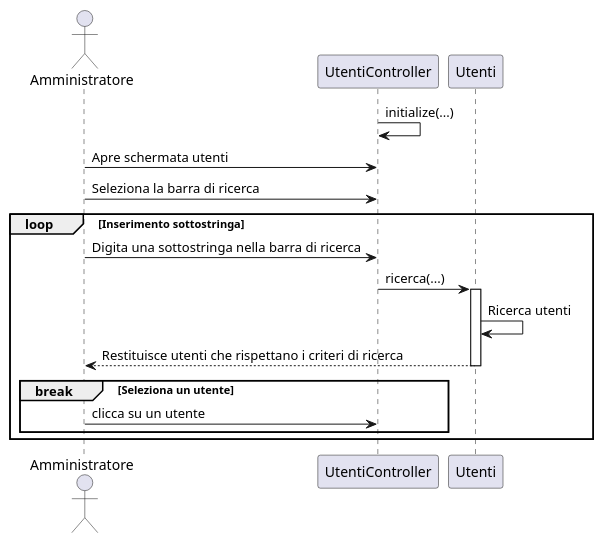
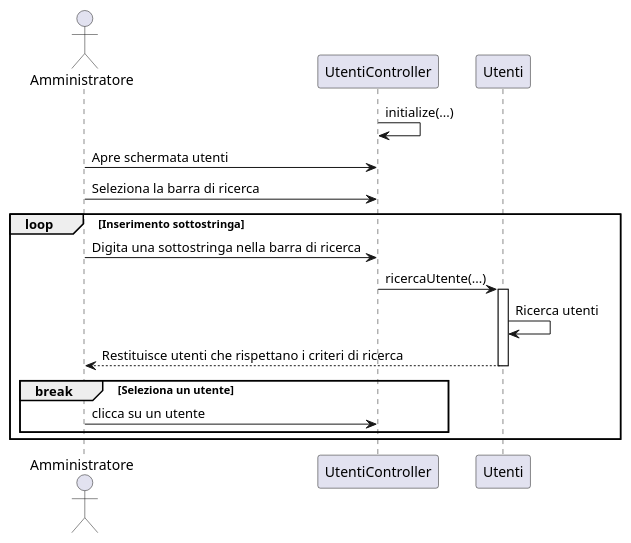
Before and after one commit to TitanVoid/ProgSE-Biblioteca: the diagram in documents/DiagrammiUML/DiagrammiDiSequenza/diagrammaC12RicercaUtente.puml, drawn with PlantUML. The commit also changed 13 other files, not shown here.

Commit message:
aggiornamento diagrammi

```diff
--- a/documents/DiagrammiUML/DiagrammiDiSequenza/diagrammaC12RicercaUtente.puml
+++ b/documents/DiagrammiUML/DiagrammiDiSequenza/diagrammaC12RicercaUtente.puml
@@ -1,30 +1,30 @@
 @startuml
 
 	actor Amministratore as a
 	participant UtentiController as cvu
 	participant Utenti as gu
 
 	
 	cvu->cvu: initialize(...)
 	a->cvu: Apre schermata utenti
 	a->cvu: Seleziona la barra di ricerca
 	
 	'Ogni volta che viene inserito un carattere viene aggiornata la ricerca
 	loop Inserimento sottostringa 
 		a->cvu: Digita una sottostringa nella barra di ricerca
-		cvu->gu: ricerca(...)
+		cvu->gu: ricercaUtente(...)
 		activate gu
 			gu->gu: Ricerca utenti
 			gu-->a:Restituisce utenti che rispettano i criteri di ricerca
 		deactivate gu
 		
 		'Condizione di uscita dal loop
 		break Seleziona un utente 
 			a->cvu: clicca su un utente
 		end
 
 	end
 
 
 
 @enduml
```
